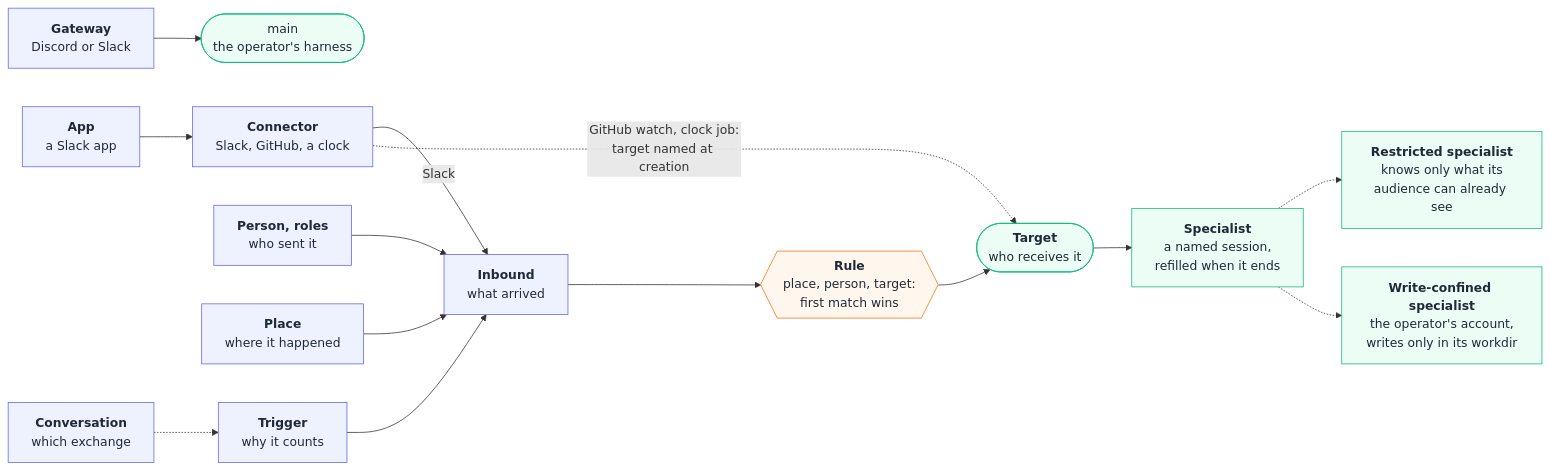
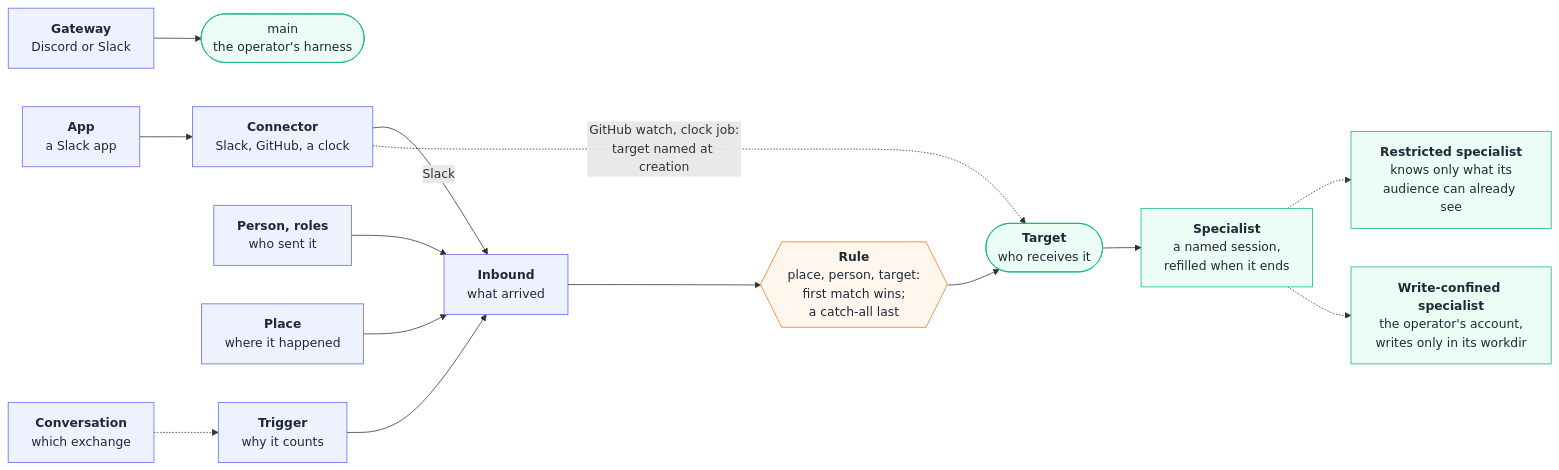
Before and after one commit to sf8193/hydra: the diagram in diagrams/core.mmd, drawn with Mermaid. The commit also changed 20 other files, not shown here.

```diff
--- a/diagrams/core.mmd
+++ b/diagrams/core.mmd
@@ -1,20 +1,20 @@
 flowchart LR
   GW["<b>Gateway</b><br/>Discord or Slack"] --> MN(["main<br/>the operator's harness"])
   AP["<b>App</b><br/>a Slack app"] --> CN["<b>Connector</b><br/>Slack, GitHub, a clock"]
   CN -- "Slack" --> IN["<b>Inbound</b><br/>what arrived"]
   PE["<b>Person, roles</b><br/>who sent it"] --> IN
   PL["<b>Place</b><br/>where it happened"] --> IN
   TR["<b>Trigger</b><br/>why it counts"] --> IN
   CV["<b>Conversation</b><br/>which exchange"] -.-> TR
-  IN --> RU{{"<b>Rule</b><br/>place, person, target:<br/>first match wins"}}
+  IN --> RU{{"<b>Rule</b><br/>place, person, target:<br/>first match wins;<br/>a catch-all last"}}
   RU --> TG(["<b>Target</b><br/>who receives it"])
   CN -. "GitHub watch, clock job:<br/>target named at creation" .-> TG
   TG --> SP["<b>Specialist</b><br/>a named session,<br/>refilled when it ends"]
   SP -.-> RS["<b>Restricted specialist</b><br/>knows only what its<br/>audience can already see"]
   SP -.-> WC["<b>Write-confined specialist</b><br/>the operator's account,<br/>writes only in its workdir"]
   classDef core fill:#ecfdf5,stroke:#10b981,color:#1f2937
   classDef step fill:#eef2ff,stroke:#6366f1,color:#1f2937
   classDef gate fill:#fff7ed,stroke:#f97316,color:#1f2937
   class TG,SP,RS,WC,MN core
   class GW,AP,CN,IN,PE,PL,TR,CV step
   class RU gate
```
